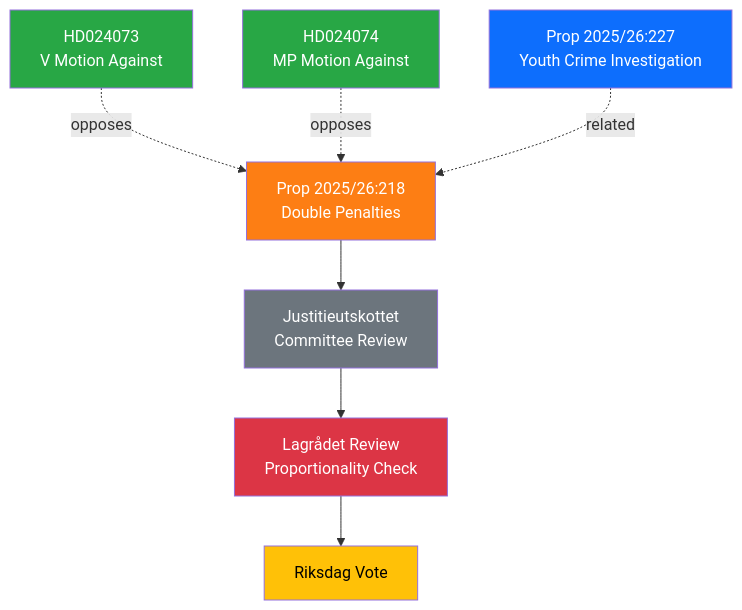
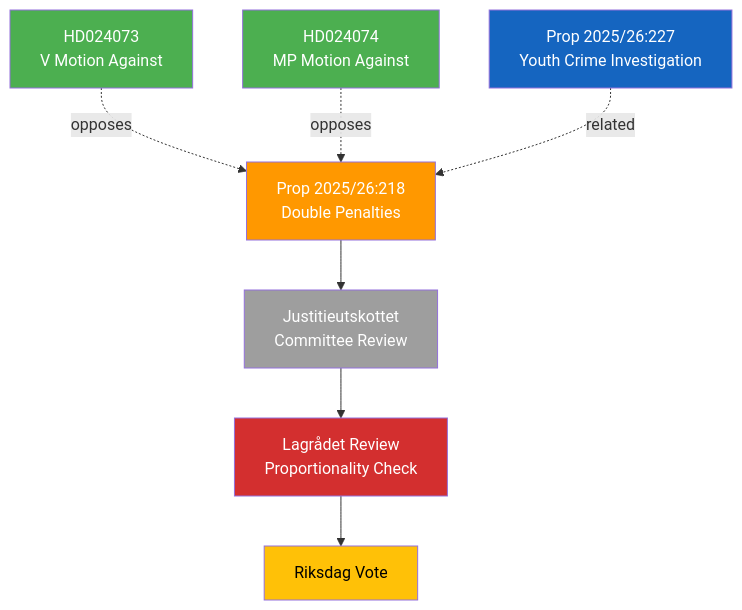
The diagram in analysis/daily/2026-04-09/evening-analysis/documents/hd03218-analysis.md (Hack23/riksdagsmonitor), drawn with Mermaid before and after one commit. The commit also changed 785 other files, not shown here.

First line of the commit message:
Normalize mermaid colors across 786 analysis artifacts to ISMS Style Guide palette

````diff
--- a/analysis/daily/2026-04-09/evening-analysis/documents/hd03218-analysis.md
+++ b/analysis/daily/2026-04-09/evening-analysis/documents/hd03218-analysis.md
@@ -20,16 +20,16 @@
 ```mermaid
 graph TD
     A["Prop 2025/26:218<br/>Double Penalties"] --> B["Justitieutskottet<br/>Committee Review"]
     B --> C["Lagrådet Review<br/>Proportionality Check"]
     C --> D["Riksdag Vote"]
     E["HD024073<br/>V Motion Against"] -.->|opposes| A
     F["HD024074<br/>MP Motion Against"] -.->|opposes| A
     G["Prop 2025/26:227<br/>Youth Crime Investigation"] -.->|related| A
-    style A fill:#fd7e14,color:#fff
-    style B fill:#6c757d,color:#fff
-    style C fill:#dc3545,color:#fff
-    style D fill:#ffc107,color:#000
-    style E fill:#28a745,color:#fff
-    style F fill:#28a745,color:#fff
-    style G fill:#0d6efd,color:#fff
+    style A fill:#FF9800,color:#FFFFFF
+    style B fill:#9E9E9E,color:#FFFFFF
+    style C fill:#D32F2F,color:#FFFFFF
+    style D fill:#FFC107,color:#000000
+    style E fill:#4CAF50,color:#FFFFFF
+    style F fill:#4CAF50,color:#FFFFFF
+    style G fill:#1565C0,color:#FFFFFF
 ```
````
